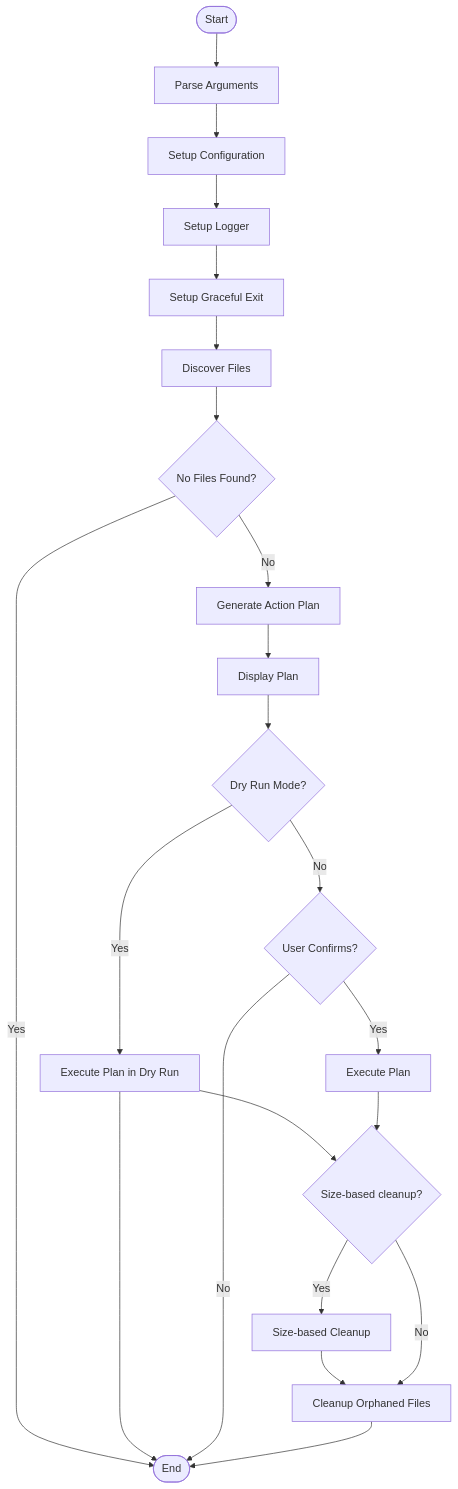
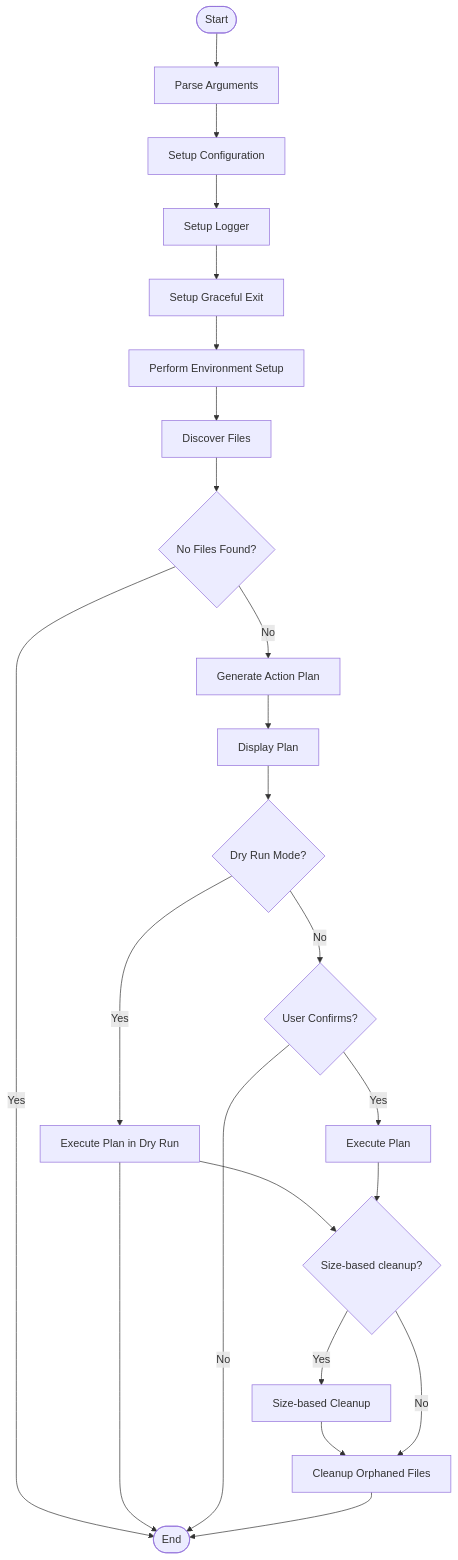
Before and after one commit to WombatFromHell/reo-cam-archiver: the second of 9 diagrams in DESIGN.md, drawn with Mermaid. The commit also changed other lines of this file and 29 other files, not shown here.

````diff
--- a/DESIGN.md
+++ b/DESIGN.md
@@ -263,24 +376,25 @@
 ```mermaid
 flowchart TD
     Start([Start]) --> ParseArgs[Parse Arguments]
     ParseArgs --> SetupConfig[Setup Configuration]
     SetupConfig --> SetupLogger[Setup Logger]
     SetupLogger --> SetupGracefulExit[Setup Graceful Exit]
-    SetupGracefulExit --> DiscoverFiles[Discover Files]
+    SetupGracefulExit --> PerformEnvironmentSetup[Perform Environment Setup]
+    PerformEnvironmentSetup --> DiscoverFiles[Discover Files]
     DiscoverFiles --> NoFiles{No Files Found?}
     NoFiles -->|Yes| End([End])
     NoFiles -->|No| GeneratePlan[Generate Action Plan]
     GeneratePlan --> DisplayPlan[Display Plan]
     DisplayPlan --> DryRun{Dry Run Mode?}
     DryRun -->|Yes| ExecuteDryRun[Execute Plan in Dry Run]
     ExecuteDryRun --> SizeBasedCleanup{Size-based cleanup?}
     ExecuteDryRun --> End
     DryRun -->|No| ConfirmPlan{User Confirms?}
     ConfirmPlan -->|No| End
     ConfirmPlan -->|Yes| ExecutePlan[Execute Plan]
     ExecutePlan --> SizeBasedCleanup{Size-based cleanup?}
     SizeBasedCleanup -->|Yes| SizeCleanup[Size-based Cleanup]
     SizeCleanup --> CleanupFiles[Cleanup Orphaned Files]
     SizeBasedCleanup -->|No| CleanupFiles
     CleanupFiles --> End
 ```
````
